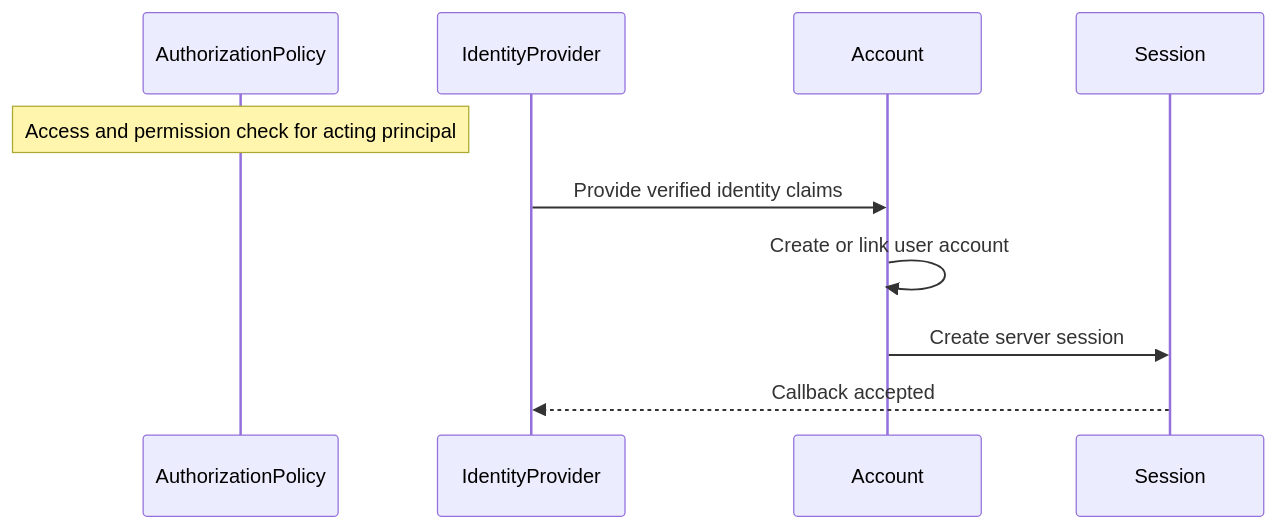
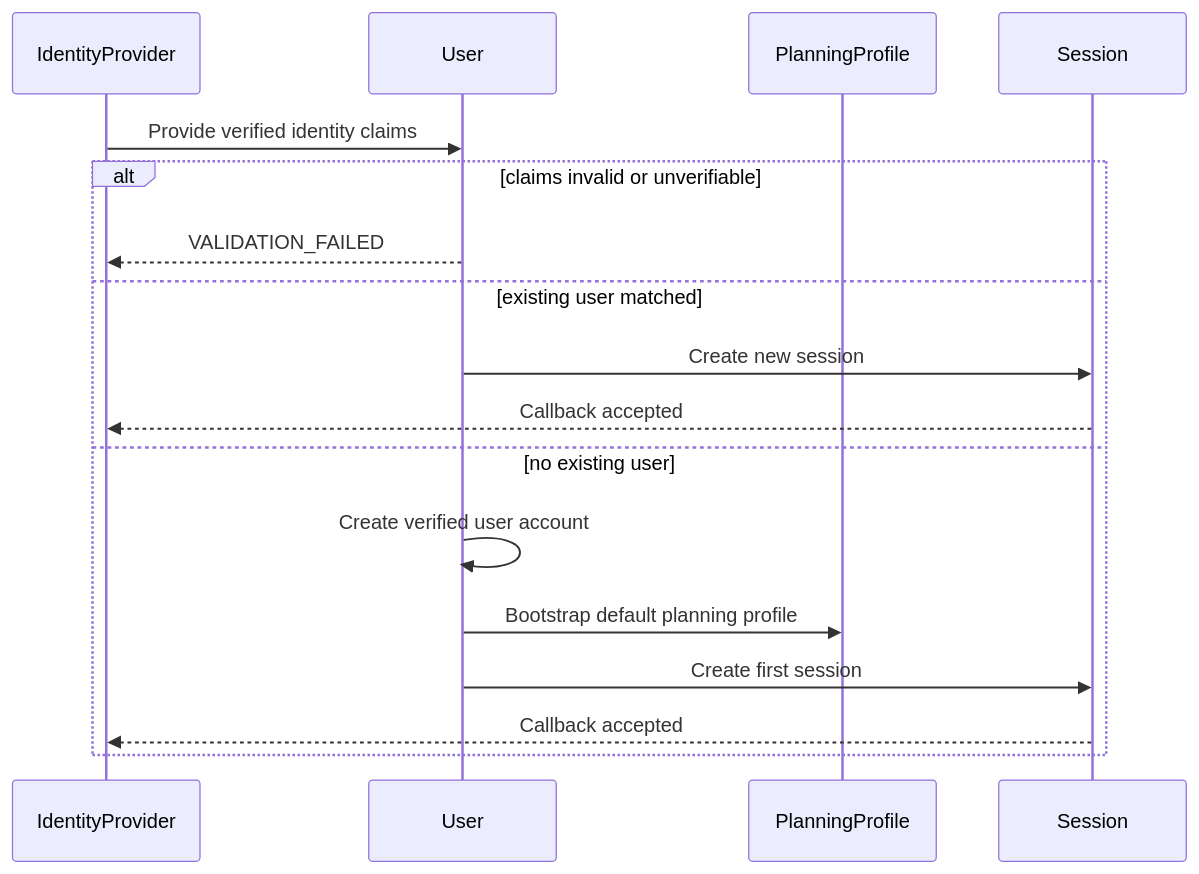
One commit to ChidiRnweke/margin changed the second of 7 diagrams in architecture/sequence-diagrams/01-auth-profile.md. Above: the diagram before and after it, drawn with Mermaid. The commit also changed other lines of this file and 12 other files, not shown here.

Commit message:
Enhance sequence diagrams and introduce traceability matrix

````diff
--- a/architecture/sequence-diagrams/01-auth-profile.md
+++ b/architecture/sequence-diagrams/01-auth-profile.md
@@ -21,12 +25,19 @@
 ```mermaid
 sequenceDiagram
-    participant G as AuthorizationPolicy
-    Note over G: Access and permission check for acting principal
     participant O as IdentityProvider
-    participant A as Account
+    participant U as User
+    participant P as PlanningProfile
     participant S as Session
-    O->>A: Provide verified identity claims
-    A->>A: Create or link user account
-    A->>S: Create server session
-    S-->>O: Callback accepted
+    O->>U: Provide verified identity claims
+    alt claims invalid or unverifiable
+        U-->>O: VALIDATION_FAILED
+    else existing user matched
+        U->>S: Create new session
+        S-->>O: Callback accepted
+    else no existing user
+        U->>U: Create verified user account
+        U->>P: Bootstrap default planning profile
+        U->>S: Create first session
+        S-->>O: Callback accepted
+    end
 ```
````
